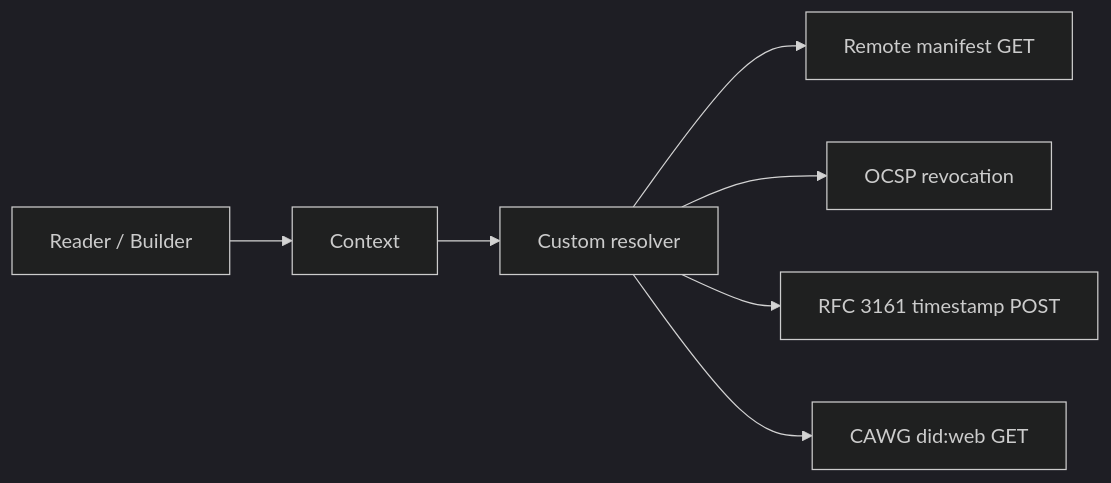
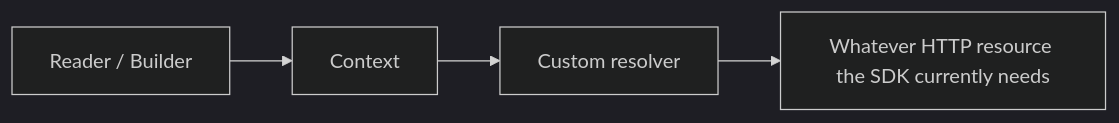
Before and after one commit to contentauth/c2pa-python: the first of 4 diagrams in tests/http_resolver/README.md, drawn with Mermaid (dark theme). The commit also changed other lines of this file and 4 other files, not shown here.

````diff
--- a/tests/http_resolver/README.md
+++ b/tests/http_resolver/README.md
@@ -48,9 +41,6 @@
 ```mermaid
 flowchart LR
     RB[Reader / Builder] --> C[Context]
     C --> RES[Custom resolver]
-    RES --> M[Remote manifest GET]
-    RES --> O[OCSP revocation]
-    RES --> T[RFC 3161 timestamp POST]
-    RES --> D[CAWG did:web GET]
+    RES --> NET[Whatever HTTP resource the SDK currently needs]
 ```
````
